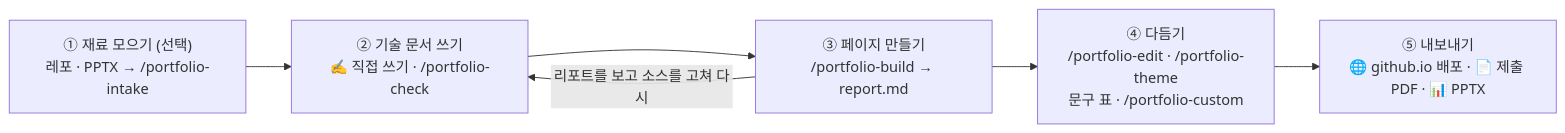
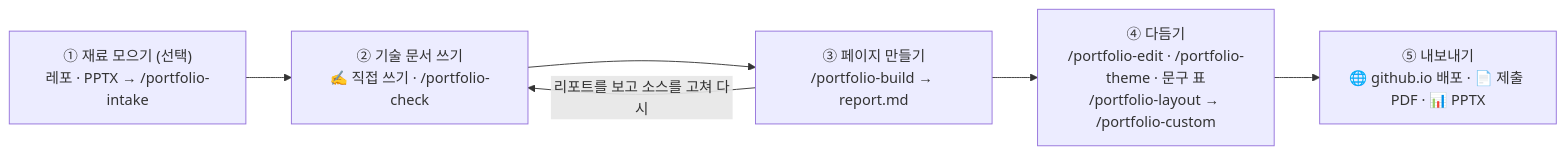
Before and after one commit to krr6606/krr6606.github.io: the diagram in README.md, drawn with Mermaid. The commit also changed other lines of this file and 6 other files, not shown here.

First line of the commit message:
/portfolio-layout: 레퍼런스 페이지의 배치 골격을 재서 /portfolio-custom에 쓰기

````diff
--- a/README.md
+++ b/README.md
@@ -11,8 +11,8 @@
 ```mermaid
 flowchart LR
     A["① 재료 모으기 (선택)<br/>레포 · PPTX → /portfolio-intake"] --> B["② 기술 문서 쓰기<br/>✍ 직접 쓰기 · /portfolio-check"]
     B --> C["③ 페이지 만들기<br/>/portfolio-build → report.md"]
     C -->|"리포트를 보고 소스를 고쳐 다시"| B
-    C --> D["④ 다듬기<br/>/portfolio-edit · /portfolio-theme<br/>문구 표 · /portfolio-custom"]
+    C --> D["④ 다듬기<br/>/portfolio-edit · /portfolio-theme · 문구 표<br/>/portfolio-layout → /portfolio-custom"]
     D --> E["⑤ 내보내기<br/>🌐 github.io 배포 · 📄 제출 PDF · 📊 PPTX"]
 ```
````
